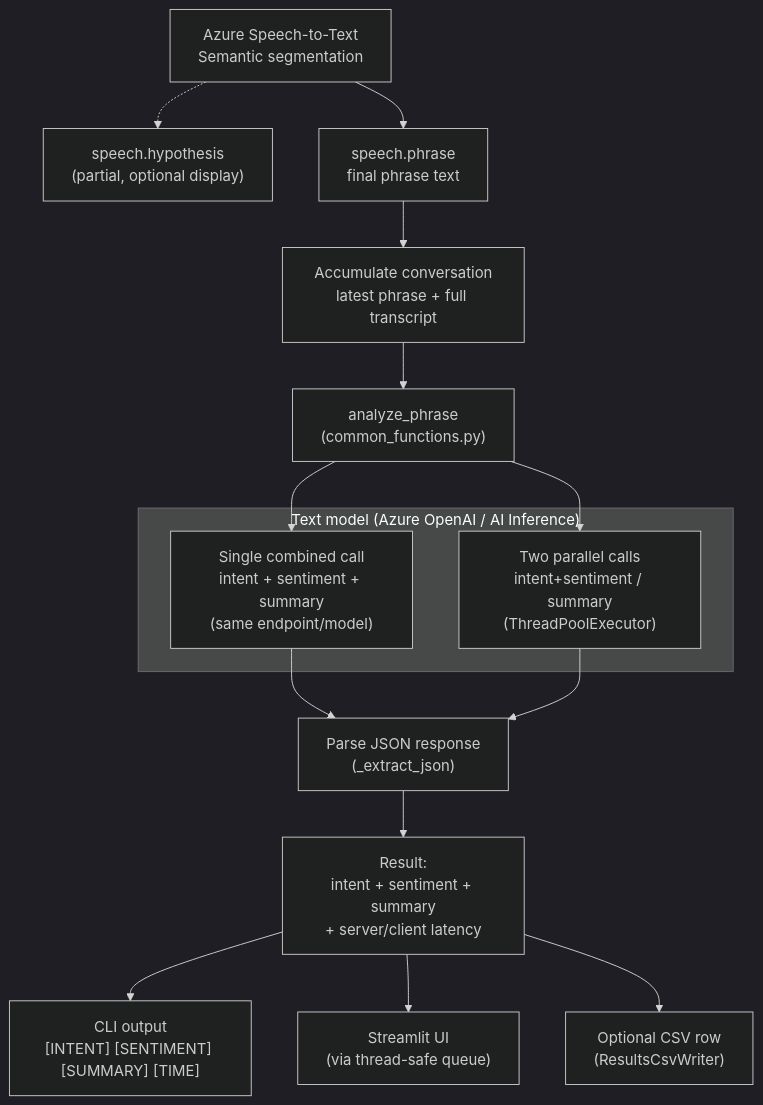
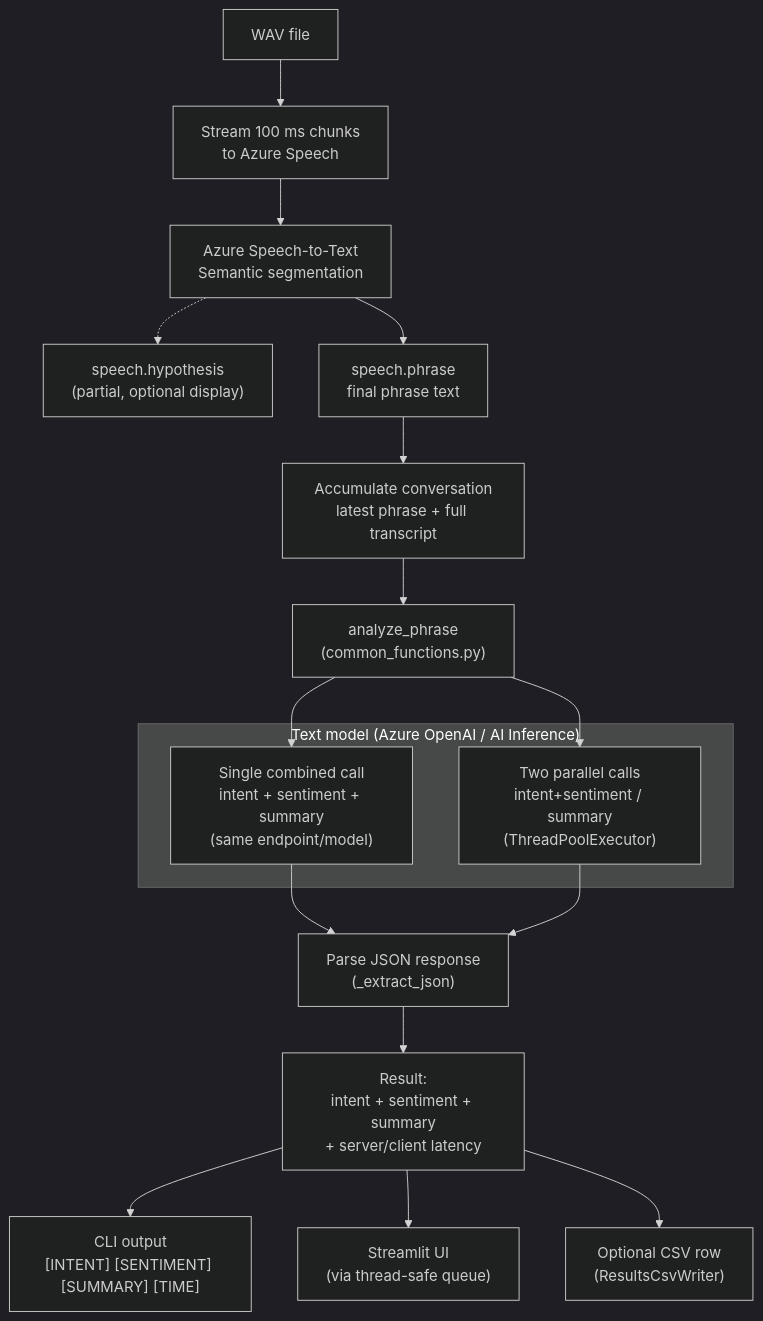
Before and after one commit to asevillano/stt-speech-llm: the second of 2 diagrams in README.md, drawn with Mermaid (dark theme). The commit also changed other lines of this file, not shown here.

````diff
--- a/README.md
+++ b/README.md
@@ -132,31 +99,34 @@
 ```mermaid
 flowchart TD
+    WAV["WAV file"]
+    CHUNK["Stream 100 ms chunks\nto Azure Speech"]
     SPEECH["Azure Speech-to-Text\nSemantic segmentation"]
     PARTIAL["speech.hypothesis\n(partial, optional display)"]
     PHRASE["speech.phrase\nfinal phrase text"]
     ACC["Accumulate conversation\nlatest phrase + full transcript"]
     ANALYZE["analyze_phrase\n(common_functions.py)"]
 
     subgraph Model["Text model (Azure OpenAI / AI Inference)"]
         COMBINED["Single combined call\nintent + sentiment + summary\n(same endpoint/model)"]
         SPLIT["Two parallel calls\nintent+sentiment / summary\n(ThreadPoolExecutor)"]
     end
 
     JSON["Parse JSON response\n(_extract_json)"]
     RESULT["Result:\nintent + sentiment + summary\n+ server/client latency"]
 
     OUT_CLI["CLI output\n[INTENT] [SENTIMENT] [SUMMARY] [TIME]"]
     OUT_UI["Streamlit UI\n(via thread-safe queue)"]
     OUT_CSV["Optional CSV row\n(ResultsCsvWriter)"]
 
+    WAV --> CHUNK --> SPEECH
     SPEECH -.-> PARTIAL
     SPEECH --> PHRASE --> ACC --> ANALYZE
     ANALYZE --> COMBINED
     ANALYZE --> SPLIT
     COMBINED --> JSON
     SPLIT --> JSON
     JSON --> RESULT
     RESULT --> OUT_CLI
     RESULT --> OUT_UI
     RESULT --> OUT_CSV
 ```
````
